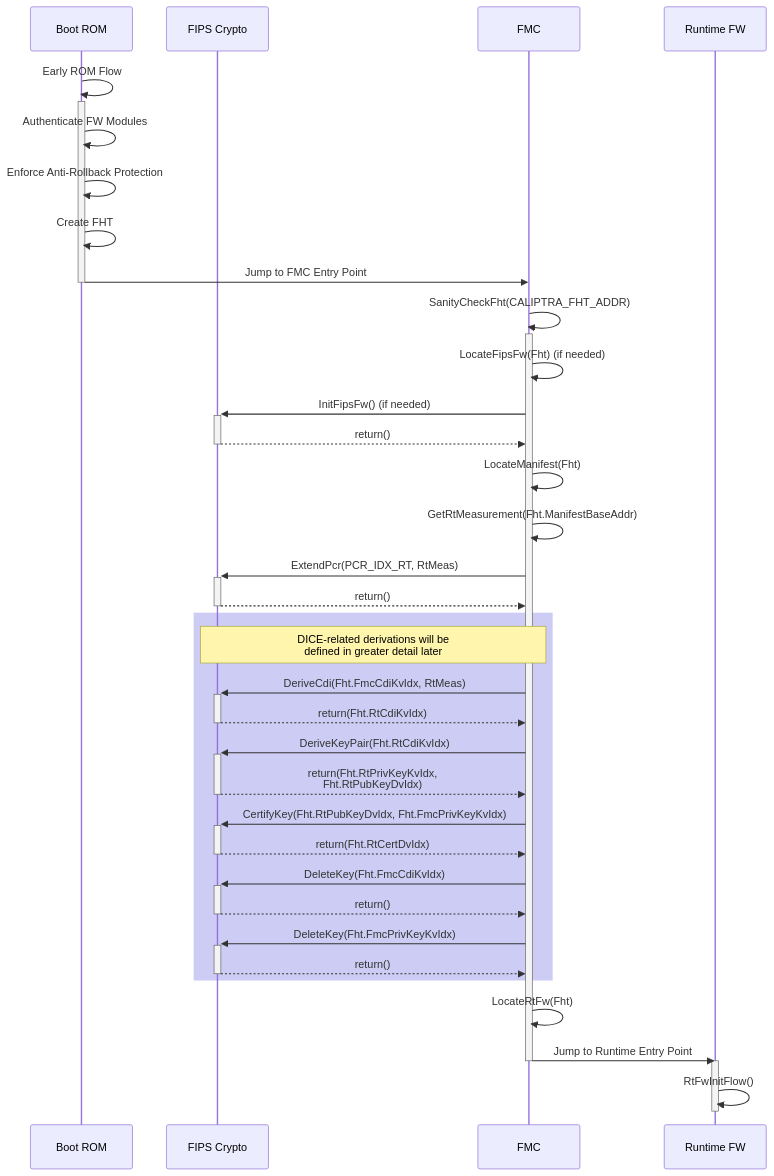
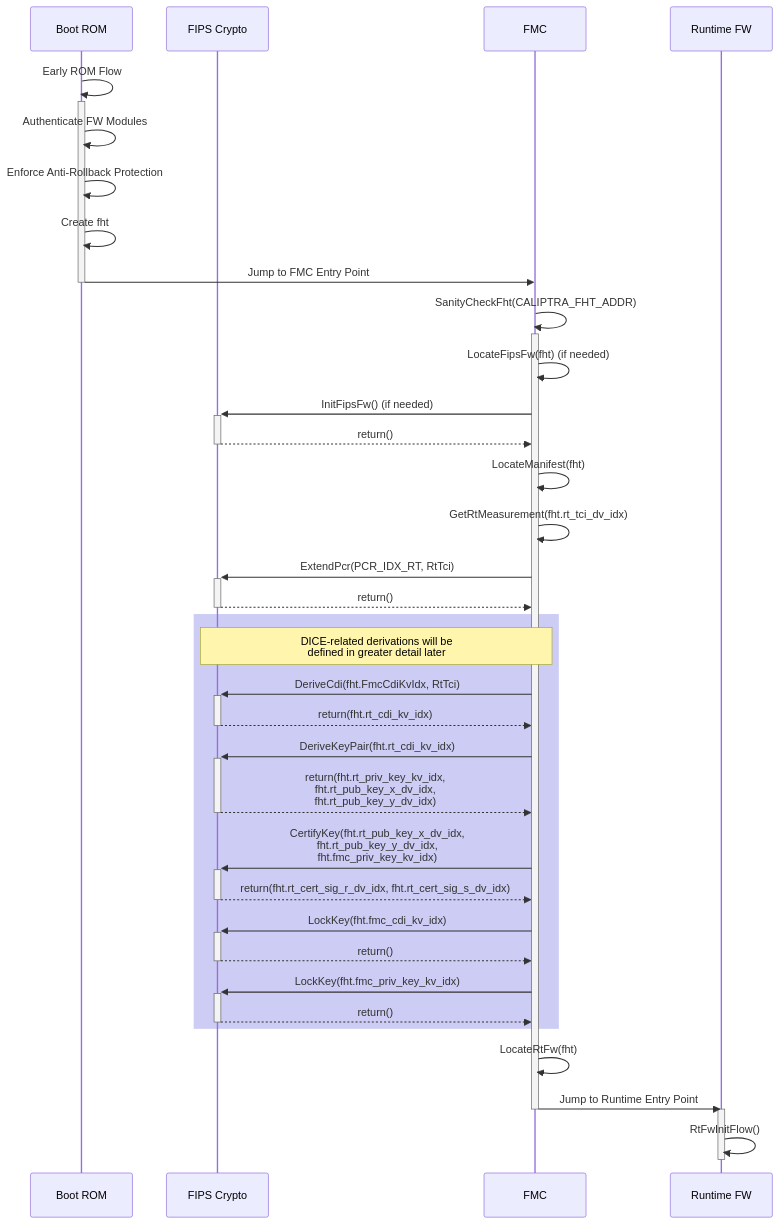
The diagram in fmc/README.md (chipsalliance/caliptra-sw), drawn with Mermaid before and after one commit. The commit also changed other lines of this file and 3 other files, not shown here.

````diff
--- a/fmc/README.md
+++ b/fmc/README.md
@@ -219,45 +250,45 @@
 ```mermaid
 sequenceDiagram
     participant ROM as Boot ROM
     participant FIPS as FIPS Crypto
     participant FMC as FMC
     participant RT as Runtime FW
 
     ROM->>+ROM: Early ROM Flow
     ROM->>ROM: Authenticate FW Modules
     ROM->>ROM: Enforce Anti-Rollback Protection
-    ROM->>ROM: Create FHT
+    ROM->>ROM: Create fht
     ROM->>-FMC: Jump to FMC Entry Point
 
     FMC->>+FMC: SanityCheckFht(CALIPTRA_FHT_ADDR)
-    FMC->>FMC: LocateFipsFw(Fht) (if needed)
+    FMC->>FMC: LocateFipsFw(fht) (if needed)
     FMC->>+FIPS: InitFipsFw() (if needed)
     FIPS-->>-FMC: return()
-    FMC->>FMC: LocateManifest(Fht)
-    FMC->>FMC: GetRtMeasurement(Fht.ManifestBaseAddr)
-    FMC->>+FIPS: ExtendPcr(PCR_IDX_RT, RtMeas)
+    FMC->>FMC: LocateManifest(fht)
+    FMC->>FMC: GetRtMeasurement(fht.rt_tci_dv_idx)
+    FMC->>+FIPS: ExtendPcr(PCR_IDX_RT, RtTci)
     FIPS-->>-FMC: return()
 
     rect rgba(0, 0, 200, .2)
     note over FIPS, FMC: DICE-related derivations will be<br> defined in greater detail later
 
-    FMC->>+FIPS: DeriveCdi(Fht.FmcCdiKvIdx, RtMeas)
-    FIPS-->>-FMC: return(Fht.RtCdiKvIdx)
-    FMC->>+FIPS: DeriveKeyPair(Fht.RtCdiKvIdx)
-    FIPS-->>-FMC: return(Fht.RtPrivKeyKvIdx,<br> Fht.RtPubKeyDvIdx)
-    FMC->>+FIPS: CertifyKey(Fht.RtPubKeyDvIdx, Fht.FmcPrivKeyKvIdx)
-    FIPS-->>-FMC: return(Fht.RtCertDvIdx)
-    FMC->>+FIPS: DeleteKey(Fht.FmcCdiKvIdx)
+    FMC->>+FIPS: DeriveCdi(fht.FmcCdiKvIdx, RtTci)
+    FIPS-->>-FMC: return(fht.rt_cdi_kv_idx)
+    FMC->>+FIPS: DeriveKeyPair(fht.rt_cdi_kv_idx)
+    FIPS-->>-FMC: return(fht.rt_priv_key_kv_idx,<br> fht.rt_pub_key_x_dv_idx,<br> fht.rt_pub_key_y_dv_idx)
+    FMC->>+FIPS: CertifyKey(fht.rt_pub_key_x_dv_idx,<br> fht.rt_pub_key_y_dv_idx,<br> fht.fmc_priv_key_kv_idx)
+    FIPS-->>-FMC: return(fht.rt_cert_sig_r_dv_idx, fht.rt_cert_sig_s_dv_idx)
+    FMC->>+FIPS: LockKey(fht.fmc_cdi_kv_idx)
     FIPS-->>-FMC: return()
-    FMC->>+FIPS: DeleteKey(Fht.FmcPrivKeyKvIdx)
+    FMC->>+FIPS: LockKey(fht.fmc_priv_key_kv_idx)
     FIPS-->>-FMC: return()
 
     end %% rect
 
-    FMC->>FMC: LocateRtFw(Fht)
+    FMC->>FMC: LocateRtFw(fht)
     FMC->>-RT: Jump to Runtime Entry Point
 
     activate RT
     RT->>RT: RtFwInitFlow()
     deactivate RT
 ```
````
